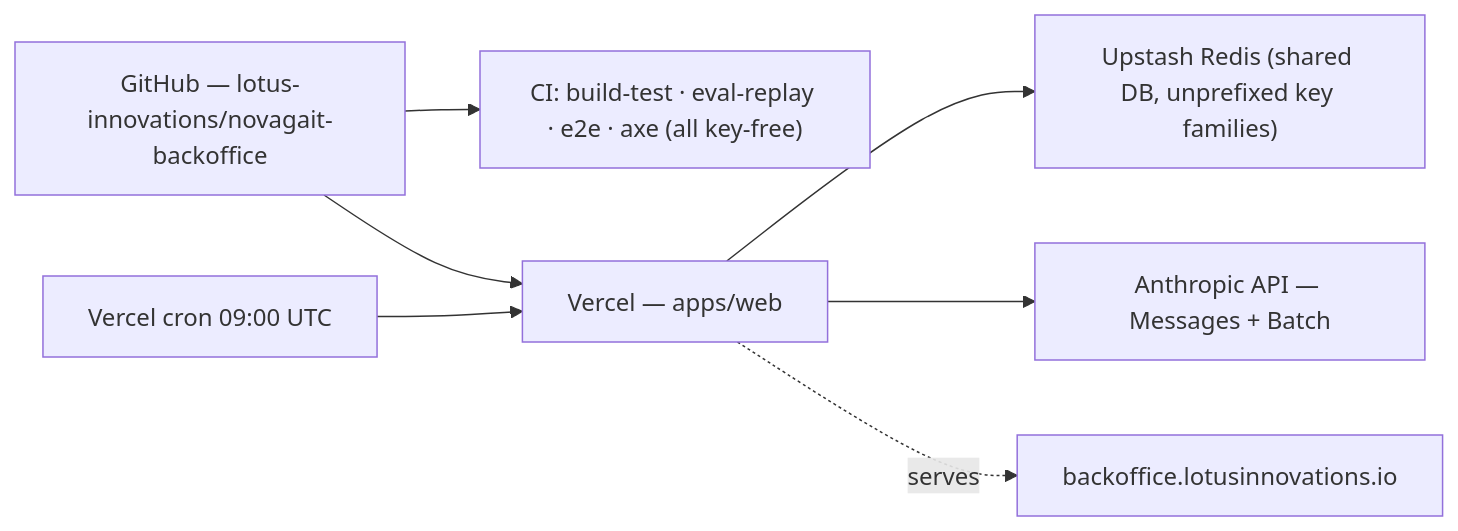
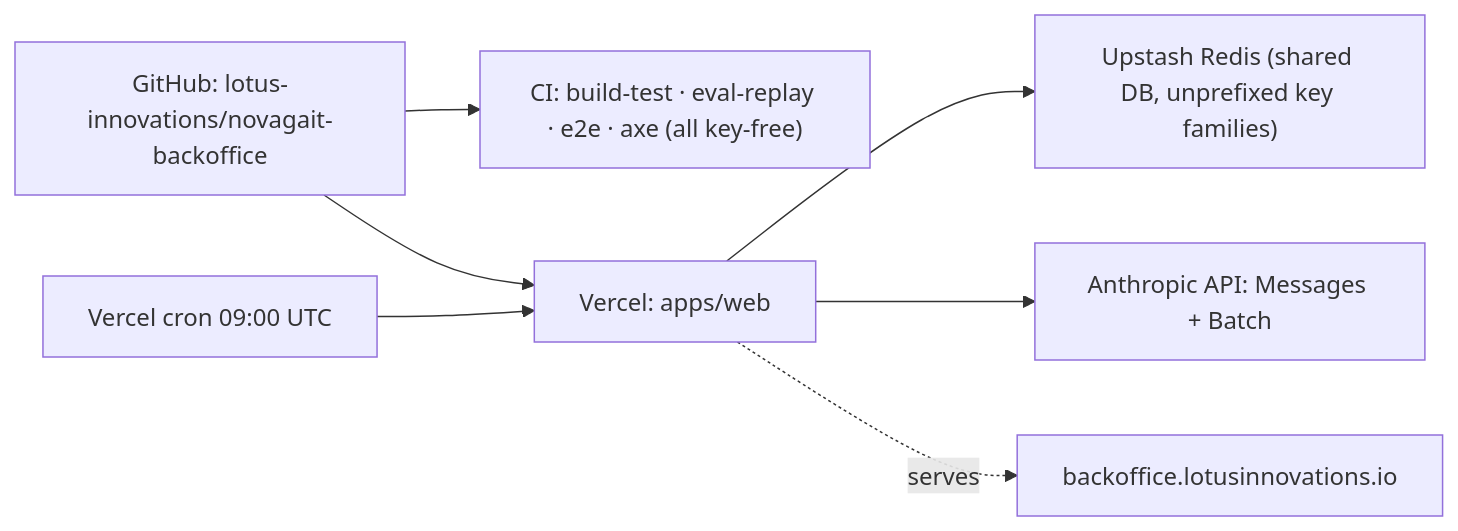
The fourth of 4 diagrams in docs/architecture.md (lotus-innovations/novagait-backoffice), drawn with Mermaid before and after one commit. The commit also changed other lines of this file and 8 other files, not shown here.

````diff
--- a/docs/architecture.md
+++ b/docs/architecture.md
@@ -176,16 +178,16 @@
 ```mermaid
 flowchart LR
-  GH["GitHub — lotus-innovations/novagait-backoffice"]
+  GH["GitHub: lotus-innovations/novagait-backoffice"]
   CI["CI: build-test · eval-replay · e2e · axe (all key-free)"]
-  VC["Vercel — apps/web"]
+  VC["Vercel: apps/web"]
   UP["Upstash Redis (shared DB, unprefixed key families)"]
-  AN["Anthropic API — Messages + Batch"]
+  AN["Anthropic API: Messages + Batch"]
   CRON["Vercel cron 09:00 UTC"]
 
   GH --> CI
   GH --> VC
   VC --> UP
   VC --> AN
   CRON --> VC
   VC -.serves.-> Public["backoffice.lotusinnovations.io"]
 ```
````
